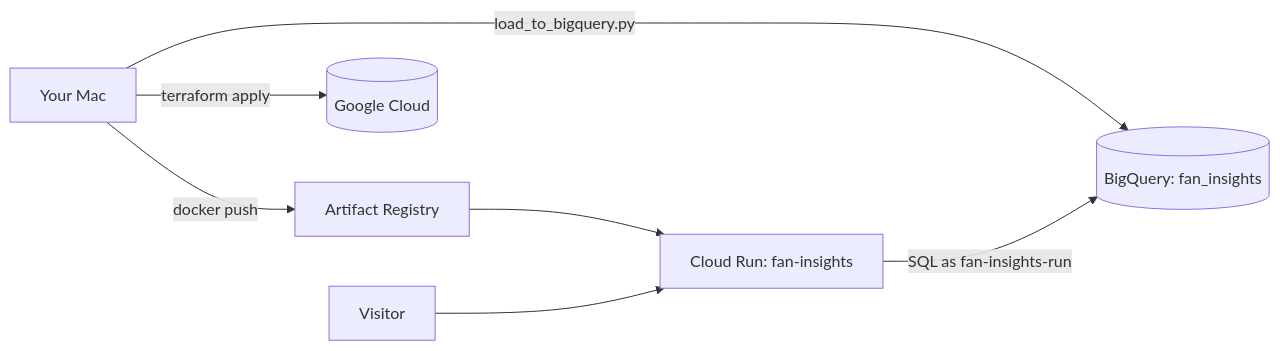
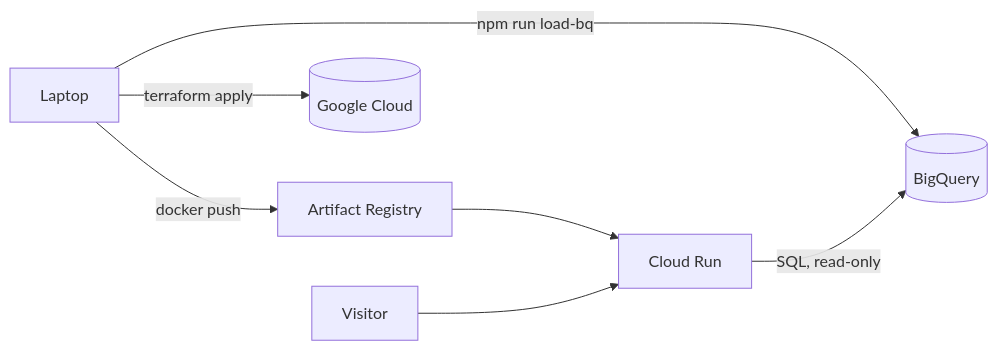
Before and after one commit to ademco/creatordash: the diagram in docs/DEPLOY.md, drawn with Mermaid. The commit also changed other lines of this file and 10 other files, not shown here.

````diff
--- a/docs/DEPLOY.md
+++ b/docs/DEPLOY.md
@@ -12,9 +7,9 @@
 ```mermaid
 flowchart LR
-  you[Your Mac] -- docker push --> ar[Artifact Registry]
-  you -- terraform apply --> gcp[(Google Cloud)]
-  you -- load_to_bigquery.py --> bq[(BigQuery: fan_insights)]
-  ar --> run[Cloud Run: fan-insights]
-  browser[Visitor] --> run
-  run -- SQL as fan-insights-run --> bq
+  mac[Laptop] -- docker push --> ar[Artifact Registry]
+  mac -- terraform apply --> gcp[(Google Cloud)]
+  mac -- npm run load-bq --> bq[(BigQuery)]
+  ar --> run[Cloud Run]
+  visitor[Visitor] --> run
+  run -- SQL, read-only --> bq
 ```
````
